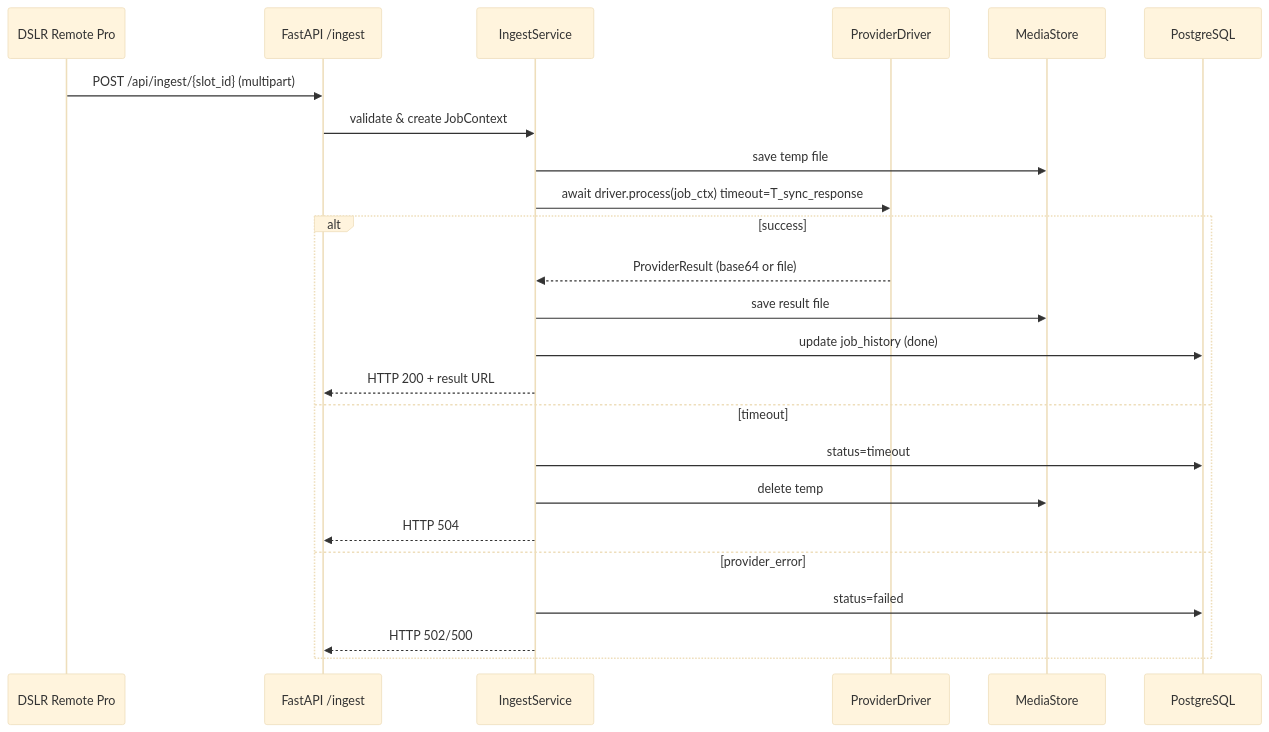
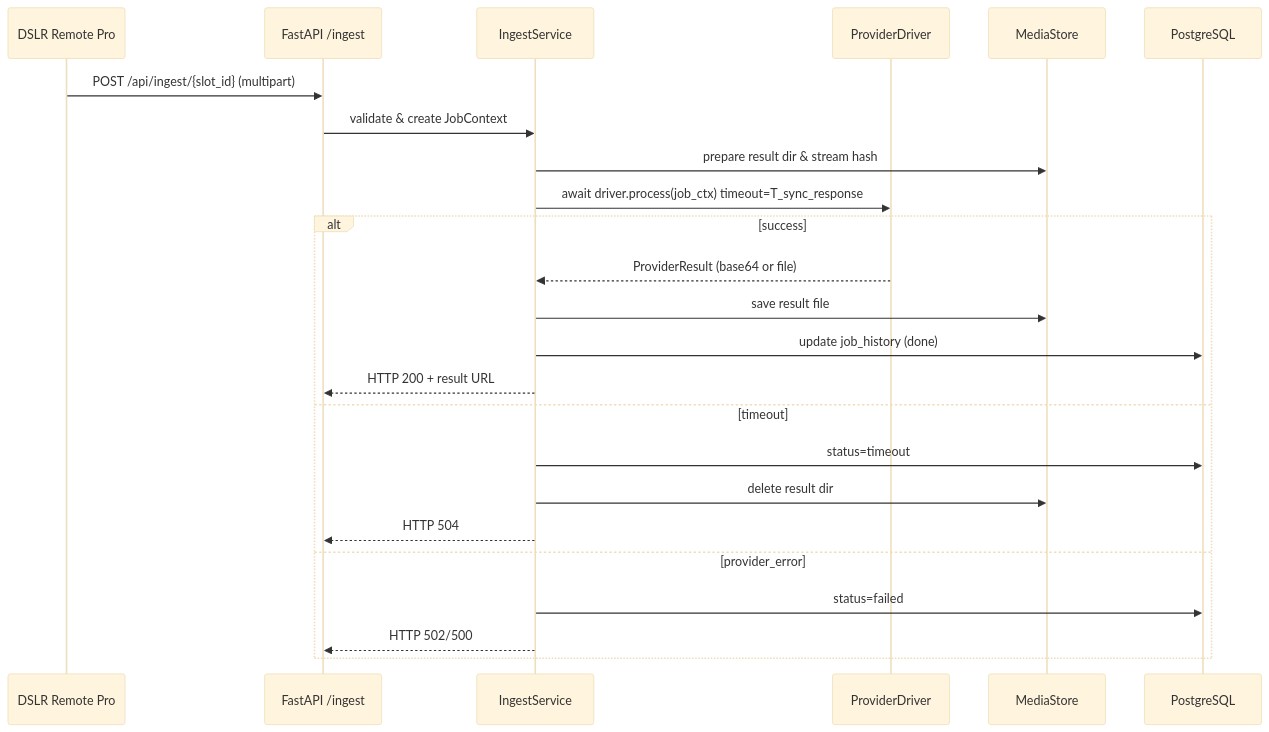
Before and after one commit to nicelight/PhotoChanger_25: the third of 6 diagrams in docs/ARCHITECTURE.md, drawn with Mermaid (base theme). The commit also changed other lines of this file and 60 other files, not shown here.

````diff
--- a/docs/ARCHITECTURE.md
+++ b/docs/ARCHITECTURE.md
@@ -49,27 +49,27 @@
 ```mermaid
 sequenceDiagram
     participant DSLR as DSLR Remote Pro
     participant API as FastAPI /ingest
     participant ING as IngestService
     participant PROV as ProviderDriver
     participant MEDIA as MediaStore
     participant DB as PostgreSQL
 
     DSLR->>API: POST /api/ingest/{slot_id} (multipart)
     API->>ING: validate & create JobContext
-    ING->>MEDIA: save temp file
+    ING->>MEDIA: prepare result dir & stream hash
     ING->>PROV: await driver.process(job_ctx) timeout=T_sync_response
     alt success
         PROV-->>ING: ProviderResult (base64 or file)
         ING->>MEDIA: save result file
         ING->>DB: update job_history (done)
         ING-->>API: HTTP 200 + result URL
     else timeout
         ING->>DB: status=timeout
-        ING->>MEDIA: delete temp
+        ING->>MEDIA: delete result dir
         ING-->>API: HTTP 504
     else provider_error
         ING->>DB: status=failed
         ING-->>API: HTTP 502/500
     end
 ```
````
